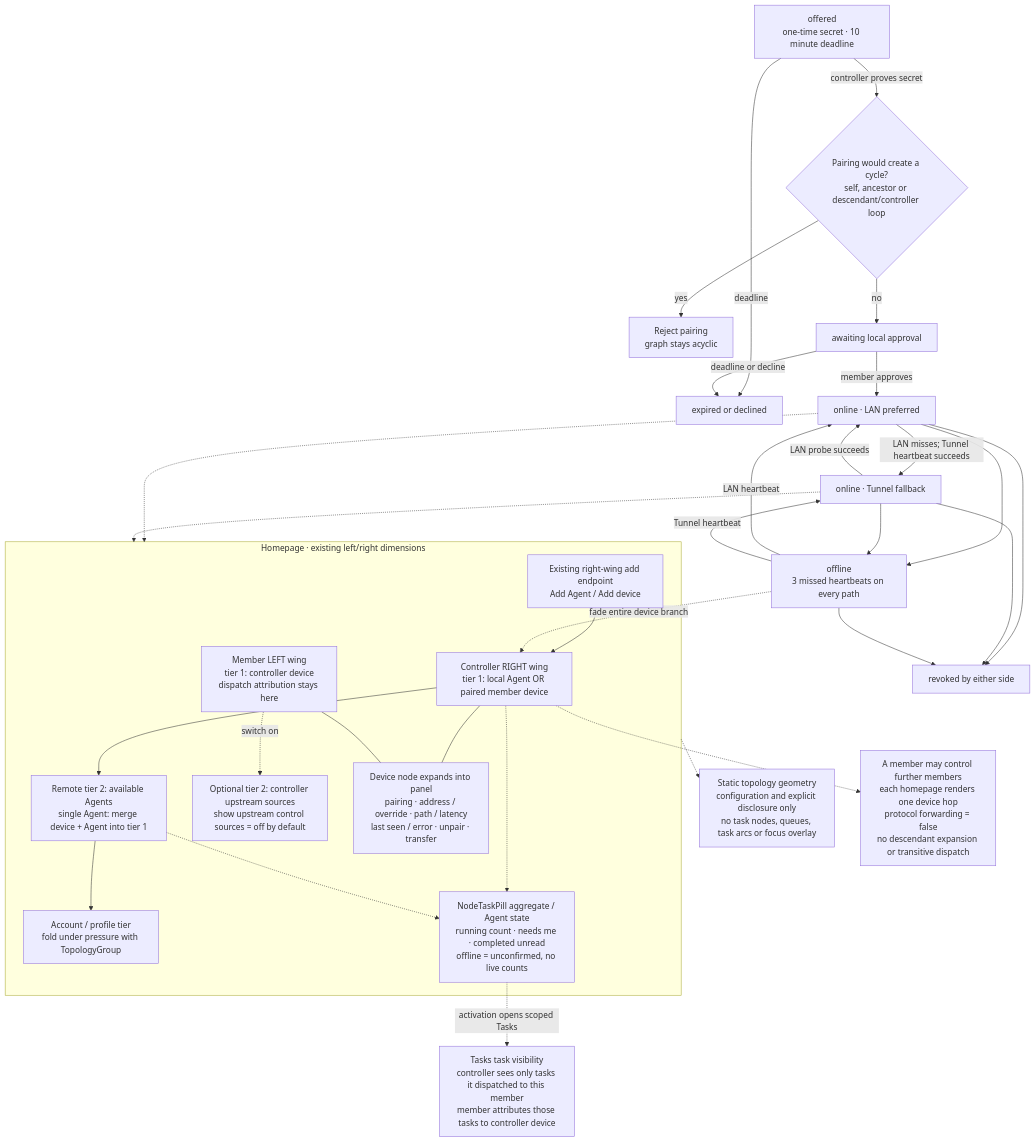
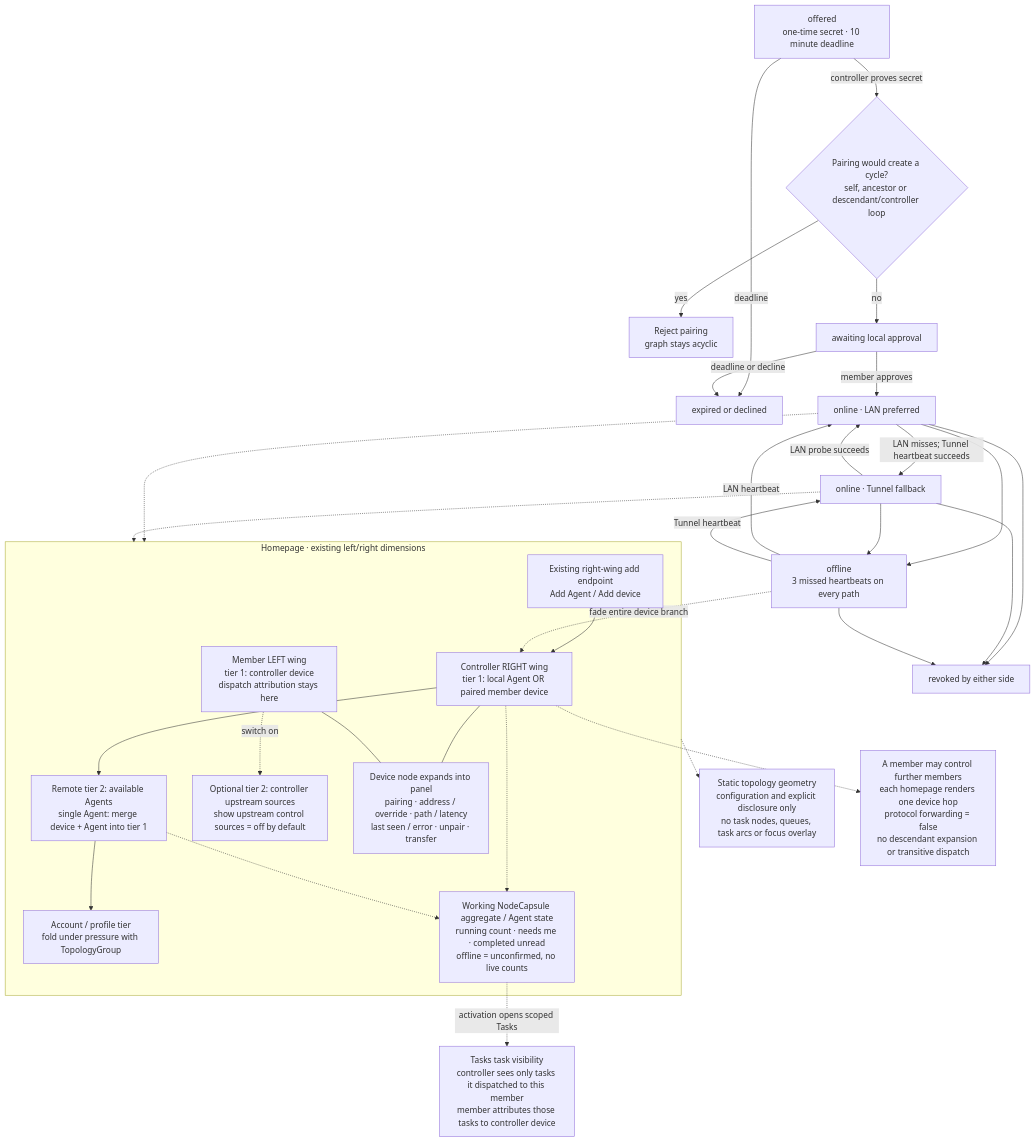
The diagram in arch/mechanisms/device-link.mmd (whzxc/agent-remote-control), drawn with Mermaid before and after one commit. The commit also changed 15 other files, not shown here.

```diff
--- a/arch/mechanisms/device-link.mmd
+++ b/arch/mechanisms/device-link.mmd
@@ -1,57 +1,57 @@
 %% Device link (layer 2): pairing guard and one-hop homepage projections.
 %% Index and code mapping: docs/dev/arch-assets.md
 flowchart TB
   offer["offered<br/>one-time secret · 10 minute deadline"]
   guard{"Pairing would create a cycle?<br/>self, ancestor or descendant/controller loop"}
   reject["Reject pairing<br/>graph stays acyclic"]
   pending["awaiting local approval"]
   expired["expired or declined"]
   lan["online · LAN preferred"]
   tunnel["online · Tunnel fallback"]
   offline["offline<br/>3 missed heartbeats on every path"]
   revoked["revoked by either side"]
   offer -->|"controller proves secret"| guard
   guard -->|"yes"| reject
   guard -->|"no"| pending
   offer -->|"deadline"| expired
   pending -->|"deadline or decline"| expired
   pending -->|"member approves"| lan
   lan -->|"LAN misses; Tunnel heartbeat succeeds"| tunnel
   tunnel -->|"LAN probe succeeds"| lan
   lan --> offline
   tunnel --> offline
   offline -->|"LAN heartbeat"| lan
   offline -->|"Tunnel heartbeat"| tunnel
   lan --> revoked
   tunnel --> revoked
   offline --> revoked
   subgraph VIEW["Homepage · existing left/right dimensions"]
     right["Controller RIGHT wing<br/>tier 1: local Agent OR paired member device"]
     agent["Remote tier 2: available Agents<br/>single Agent: merge device + Agent into tier 1"]
     account["Account / profile tier<br/>fold under pressure with TopologyGroup"]
-    badges["NodeTaskPill aggregate / Agent state<br/>running count · needs me · completed unread<br/>offline = unconfirmed, no live counts"]
+    badges["Working NodeCapsule aggregate / Agent state<br/>running count · needs me · completed unread<br/>offline = unconfirmed, no live counts"]
     left["Member LEFT wing<br/>tier 1: controller device<br/>dispatch attribution stays here"]
     upstream["Optional tier 2: controller upstream sources<br/>show upstream control sources = off by default"]
     management["Device node expands into panel<br/>pairing · address / override · path / latency<br/>last seen / error · unpair · transfer"]
     add["Existing right-wing add endpoint<br/>Add Agent / Add device"]
     right --> agent --> account
     right -.-> badges
     agent -.-> badges
     left -.->|"switch on"| upstream
     right --- management
     left --- management
     add --> right
   end
   geometry["Static topology geometry<br/>configuration and explicit disclosure only<br/>no task nodes, queues, task arcs or focus overlay"]
   visibility["Tasks task visibility<br/>controller sees only tasks it dispatched to this member<br/>member attributes those tasks to controller device"]
   VIEW -.-> geometry
   badges -.->|"activation opens scoped Tasks"| visibility
   lan -.-> VIEW
   tunnel -.-> VIEW
   offline -.->|"fade entire device branch"| right
   nesting["A member may control further members<br/>each homepage renders one device hop<br/>protocol forwarding = false<br/>no descendant expansion or transitive dispatch"]
   right -.-> nesting
   class offer,pending waiting
   class lan,tunnel done
   class offline,expired,revoked,reject stopped
   class right,agent,account,badges,geometry,visibility,left,upstream,management,add,nesting experimental
```
